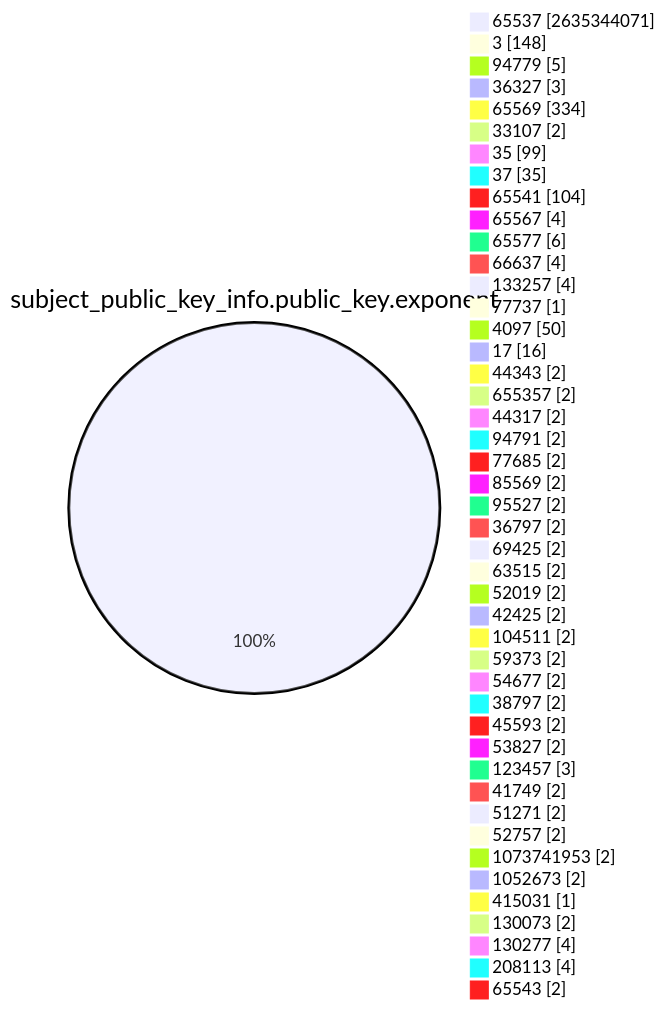
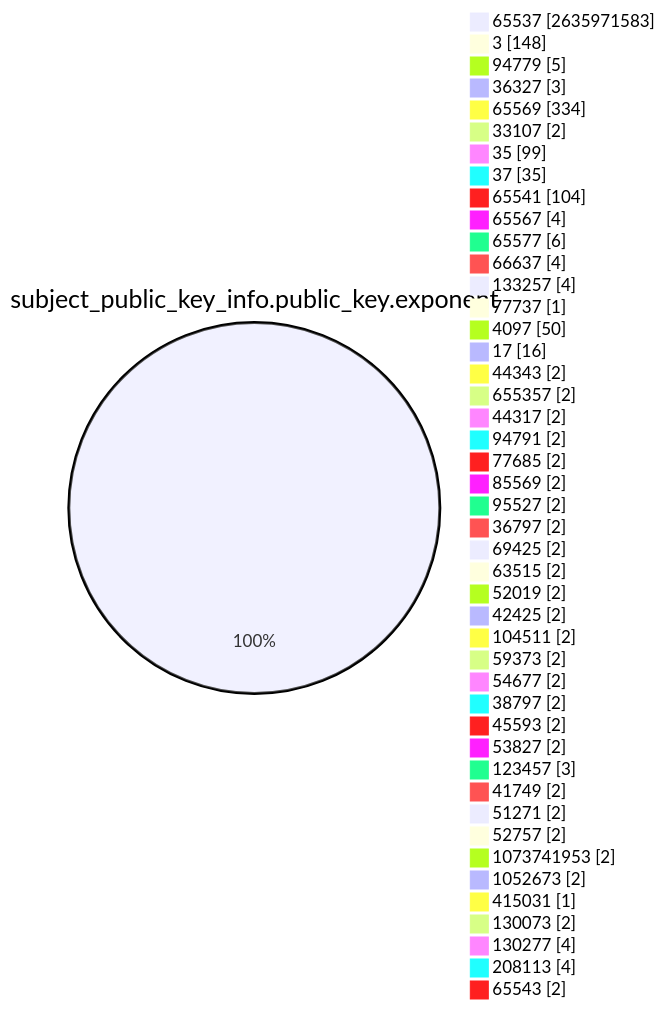
Before and after one commit to christiankrug/ctmonitor_visualization: the fourth of 15 diagrams in TOTAL/README.md, drawn with Mermaid. The commit also changed other lines of this file, not shown here.

````diff
--- a/TOTAL/README.md
+++ b/TOTAL/README.md
@@ -1467,49 +1467,49 @@
 ```mermaid
 pie showData
 title subject_public_key_info.public_key.exponent
-"65537" :2635344071
+"65537" :2635971583
 "3" :148
 "94779" :5
 "36327" :3
 "65569" :334
 "33107" :2
 "35" :99
 "37" :35
 "65541" :104
 "65567" :4
 "65577" :6
 "66637" :4
 "133257" :4
 "77737" :1
 "4097" :50
 "17" :16
 "44343" :2
 "655357" :2
 "44317" :2
 "94791" :2
 "77685" :2
 "85569" :2
 "95527" :2
 "36797" :2
 "69425" :2
 "63515" :2
 "52019" :2
 "42425" :2
 "104511" :2
 "59373" :2
 "54677" :2
 "38797" :2
 "45593" :2
 "53827" :2
 "123457" :3
 "41749" :2
 "51271" :2
 "52757" :2
 "1073741953" :2
 "1052673" :2
 "415031" :1
 "130073" :2
 "130277" :4
 "208113" :4
 "65543" :2
 ```
````
